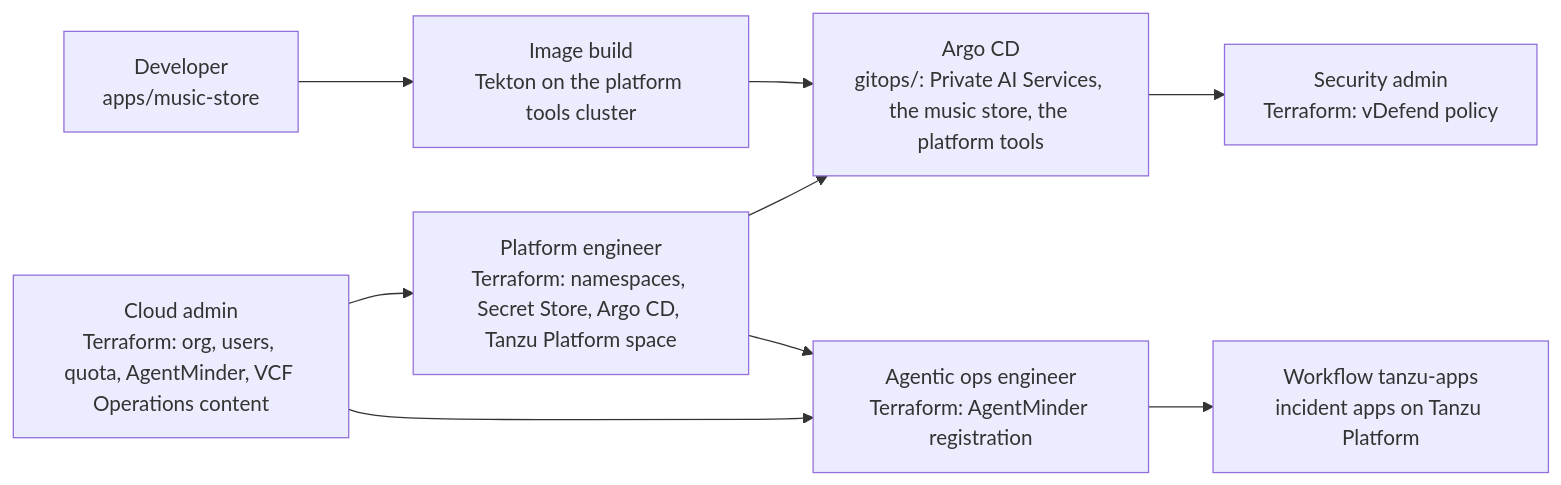
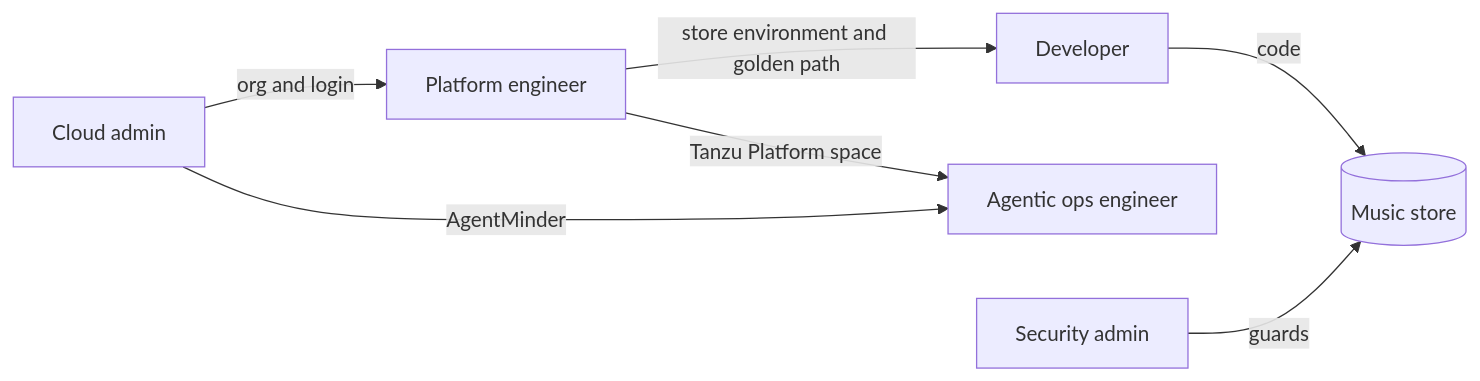
Before and after one commit to modern-apps-5/the-goad: the diagram in README.md, drawn with Mermaid. The commit also changed other lines of this file and 2 other files, not shown here.

Commit message:
docs: README intro says what GOAD is and why; persona handoff diagram

````diff
--- a/README.md
+++ b/README.md
@@ -36,17 +34,16 @@
 ```mermaid
 flowchart LR
-    cloud_admin["Cloud admin<br/>Terraform: org, users, quota, AgentMinder, VCF Operations content"]
-    platform_engineer["Platform engineer<br/>Terraform: namespaces, Secret Store, Argo CD, Tanzu Platform space"]
-    argocd["Argo CD<br/>gitops/: Private AI Services, the music store, the platform tools"]
-    developer["Developer<br/>apps/music-store"]
-    build["Image build<br/>Tekton on the platform tools cluster"]
-    security_admin["Security admin<br/>Terraform: vDefend policy"]
-    agentic_ops["Agentic ops engineer<br/>Terraform: AgentMinder registration"]
-    tanzu_apps["Workflow tanzu-apps<br/>incident apps on Tanzu Platform"]
+    cloud_admin["Cloud admin"]
+    platform_engineer["Platform engineer"]
+    developer["Developer"]
+    agentic_ops["Agentic ops engineer"]
+    security_admin["Security admin"]
+    store[("Music store")]
 
-    cloud_admin --> platform_engineer --> argocd
-    developer --> build --> argocd
-    argocd --> security_admin
-    cloud_admin --> agentic_ops
-    platform_engineer --> agentic_ops --> tanzu_apps
+    cloud_admin -->|"org and login"| platform_engineer
+    cloud_admin -->|"AgentMinder"| agentic_ops
+    platform_engineer -->|"store environment and golden path"| developer
+    platform_engineer -->|"Tanzu Platform space"| agentic_ops
+    developer -->|"code"| store
+    security_admin -->|"guards"| store
 ```
````
